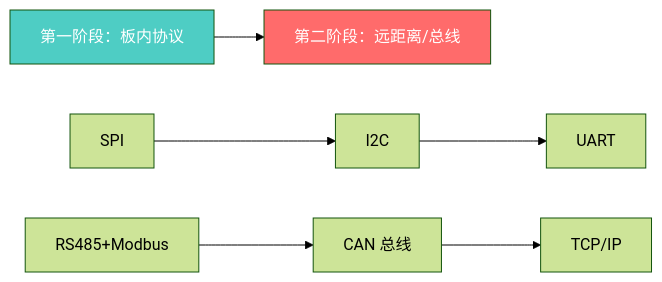
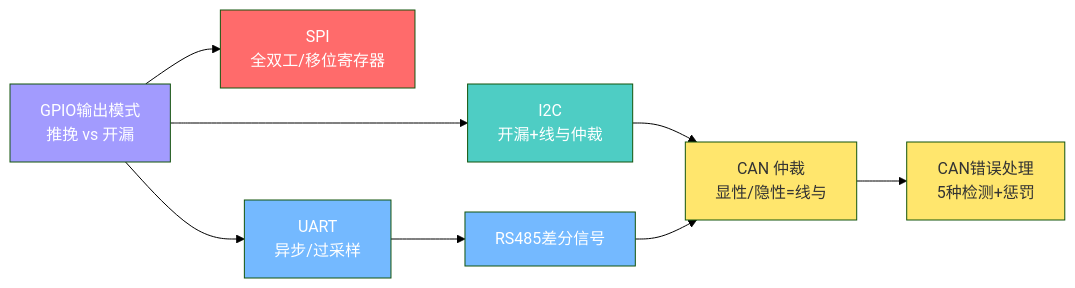
One commit to chengtao-ct/Flushingbondading_Notes changed the fifth of 5 diagrams in 嵌入式/通信协议/通信协议总览.md. Above: the diagram before and after it, drawn with Mermaid (forest theme). The commit also changed other lines of this file and 18 other files, not shown here.

````diff
--- a/嵌入式/通信协议/通信协议总览.md
+++ b/嵌入式/通信协议/通信协议总览.md
@@ -151,9 +201,18 @@
 ```mermaid
 graph LR
-    A["第一阶段：板内协议"] --> B["第二阶段：远距离/总线"]
-    A1["SPI"] --> A2["I2C"] --> A3["UART"]
-    B1["RS485+Modbus"] --> B2["CAN 总线"] --> B3["TCP/IP"]
+    A["GPIO输出模式<br/>推挽 vs 开漏"] --> B["SPI<br/>全双工/移位寄存器"]
+    A --> C["I2C<br/>开漏+线与仲裁"]
+    A --> D["UART<br/>异步/过采样"]
+    C --> E["CAN 仲裁<br/>显性/隐性=线与"]
+    D --> F["RS485差分信号"]
+    F --> E
+    E --> G["CAN错误处理<br/>5种检测+惩罚"]
 
-    style A fill:#4ecdc4,color:#fff
+    style A fill:#a29bfe,color:#fff
     style B fill:#ff6b6b,color:#fff
+    style C fill:#4ecdc4,color:#fff
+    style D fill:#74b9ff,color:#fff
+    style E fill:#ffe66d,color:#333
+    style F fill:#74b9ff,color:#fff
+    style G fill:#ffe66d,color:#333
 ```
````
